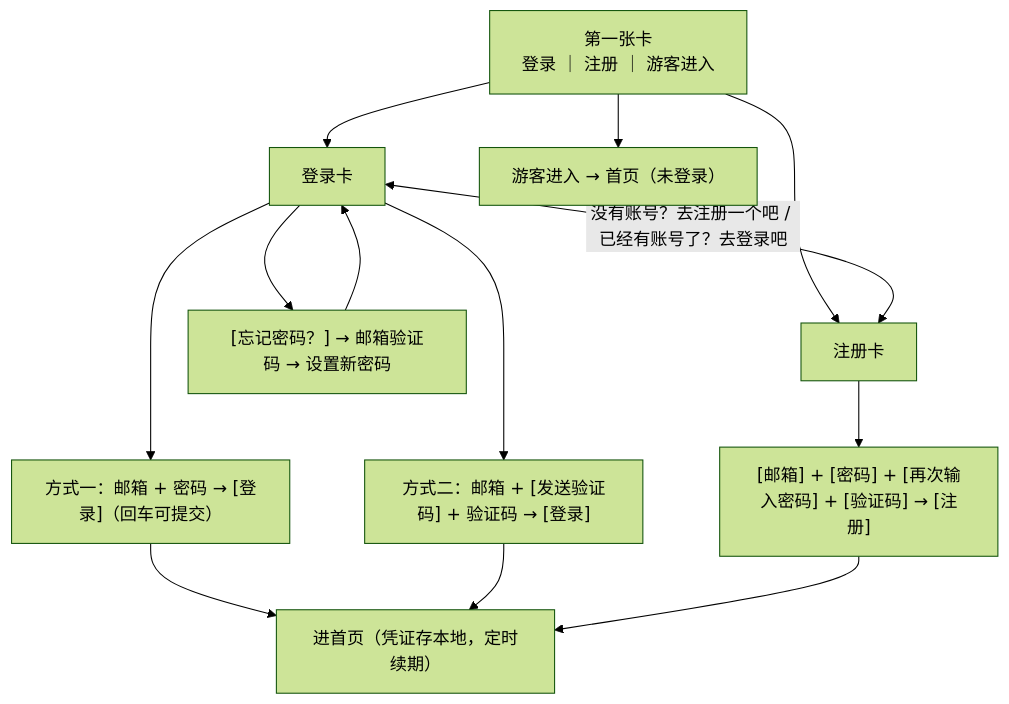
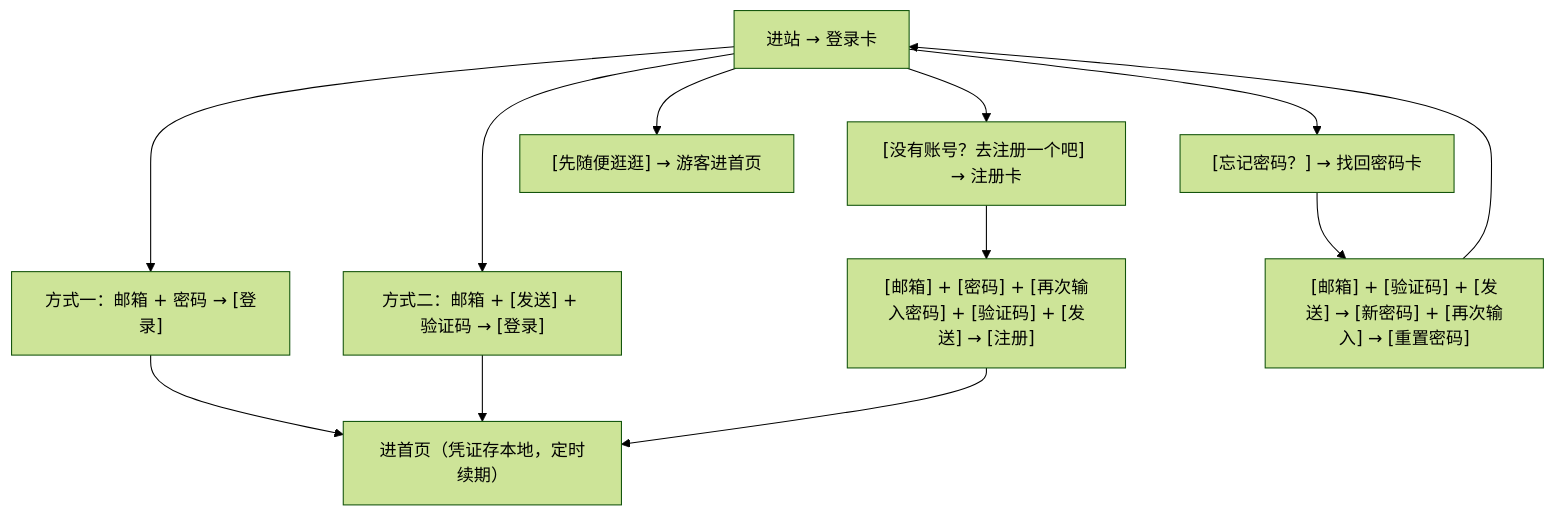
One commit to xiaoxingyuemiao/xingyue changed the eighth of 9 diagrams in docs/05-网站流程图.md. Above: the diagram before and after it, drawn with Mermaid (forest theme). The commit also changed other lines of this file and 1 other file, not shown here.

Commit message:
文档同步：README 文件职责表更新（个人中心 / 登录模块 / 画廊等）；docs/05 流程图把登录注册与个人中心标记为已完成并写上实际交互细节

````diff
--- a/docs/05-网站流程图.md
+++ b/docs/05-网站流程图.md
@@ -244,18 +246,16 @@
 ```mermaid
 flowchart TD
-    A["第一张卡<br/>登录 ｜ 注册 ｜ 游客进入"] --> B["登录卡"]
-    A --> C["注册卡"]
-    B <-->|"没有账号？去注册一个吧 / 已经有账号了？去登录吧"| C
+    A["进站 → 登录卡"] --> B["方式一：邮箱 + 密码 → [登录]"]
+    A --> B2["方式二：邮箱 + [发送] + 验证码 → [登录]"]
+    A --> B3["[忘记密码？] → 找回密码卡"]
+    A --> C["[没有账号？去注册一个吧] → 注册卡"]
+    A --> G["[先随便逛逛] → 游客进首页"]
 
-    B --> B1["方式一：邮箱 + 密码 → [登录]（回车可提交）"]
-    B --> B2["方式二：邮箱 + [发送验证码] + 验证码 → [登录]"]
-    B --> B3["[忘记密码？] → 邮箱验证码 → 设置新密码"]
+    C --> C1["[邮箱] + [密码] + [再次输入密码] + [验证码] + [发送] → [注册]"]
+    B3 --> B4["[邮箱] + [验证码] + [发送] → [新密码] + [再次输入] → [重置密码]"]
+    B4 --> A
 
-    C --> C1["[邮箱] + [密码] + [再次输入密码] + [验证码] → [注册]"]
-
-    B1 --> H["进首页（凭证存本地，定时续期）"]
+    B --> H["进首页（凭证存本地，定时续期）"]
     B2 --> H
-    B3 --> B
     C1 --> H
-    A --> G["游客进入 → 首页（未登录）"]
 ```
````
